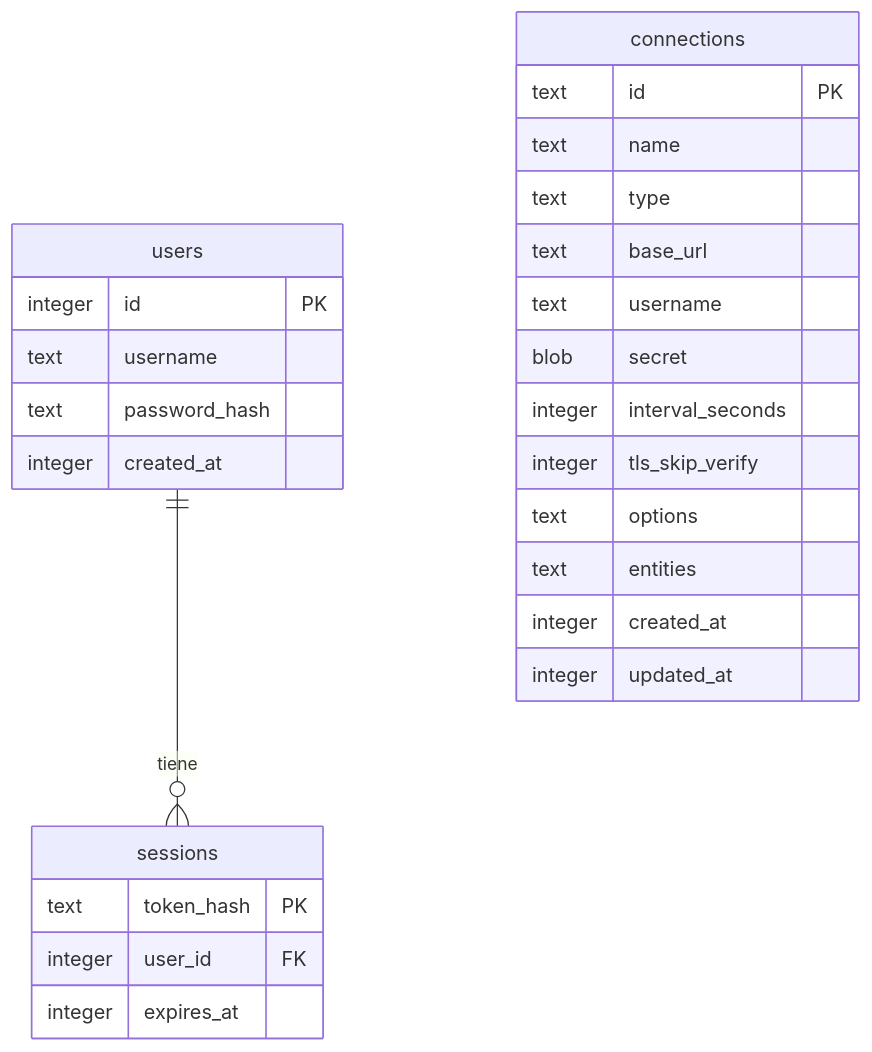
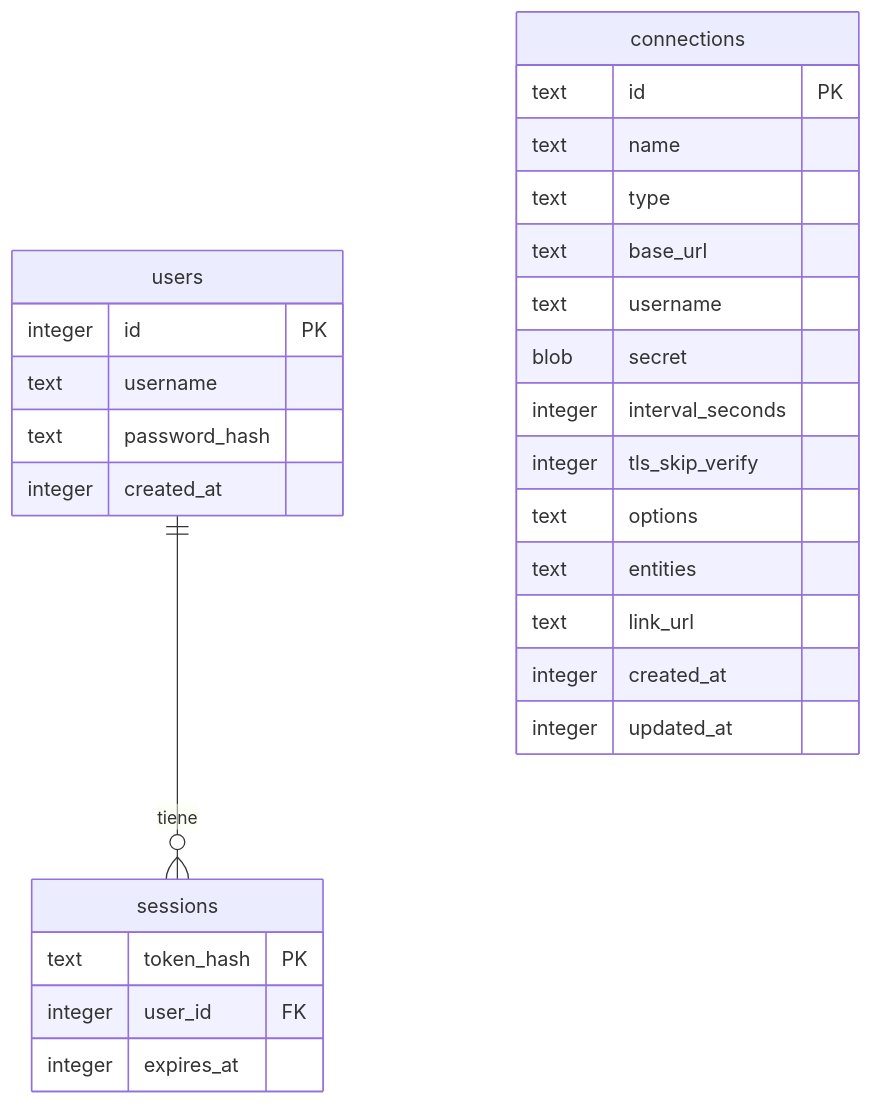
One commit to izakdev/talaia changed the third of 3 diagrams in docs/proyecto/02-arquitectura.md. Above: the diagram before and after it, drawn with Mermaid. The commit also changed other lines of this file and 38 other files, not shown here.

````diff
--- a/docs/proyecto/02-arquitectura.md
+++ b/docs/proyecto/02-arquitectura.md
@@ -181,29 +185,30 @@
 ```mermaid
 erDiagram
     users ||--o{ sessions : tiene
     users {
         integer id PK
         text username
         text password_hash
         integer created_at
     }
     sessions {
         text token_hash PK
         integer user_id FK
         integer expires_at
     }
     connections {
         text id PK
         text name
         text type
         text base_url
         text username
         blob secret
         integer interval_seconds
         integer tls_skip_verify
         text options
         text entities
+        text link_url
         integer created_at
         integer updated_at
     }
 ```
````
